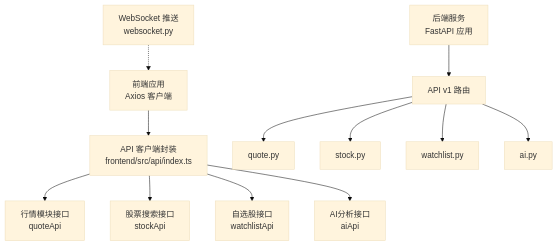
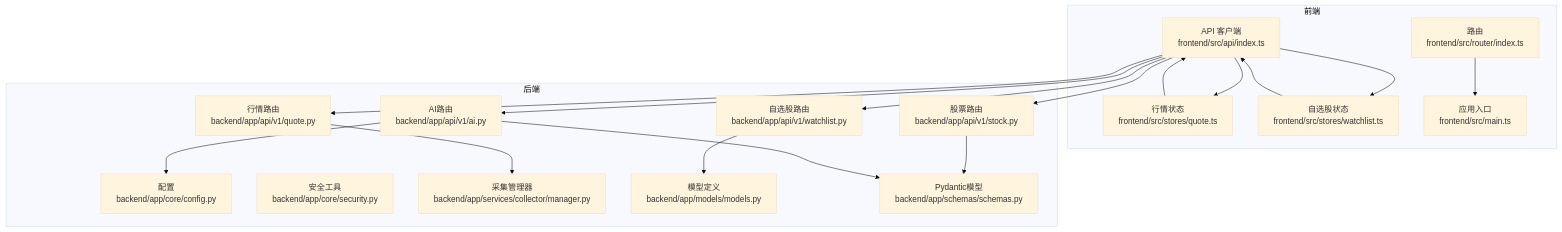
The first of 9 diagrams in .qoder/repowiki/zh/content/前端开发/API客户端.md (We3le7/stock-view), drawn with Mermaid (base theme) before and after one commit. The commit also changed other lines of this file and 142 other files, not shown here.

````diff
--- a/.qoder/repowiki/zh/content/前端开发/API客户端.md
+++ b/.qoder/repowiki/zh/content/前端开发/API客户端.md
@@ -39,14 +39,35 @@
 ```mermaid
 graph TB
-FE["前端应用<br/>Axios 客户端"] --> APIIDX["API 客户端封装<br/>frontend/src/api/index.ts"]
-APIIDX --> QUOTE["行情模块接口<br/>quoteApi"]
-APIIDX --> STOCK["股票搜索接口<br/>stockApi"]
-APIIDX --> WATCHLIST["自选股接口<br/>watchlistApi"]
-APIIDX --> AI["AI分析接口<br/>aiApi"]
-BE["后端服务<br/>FastAPI 应用"] --> V1["API v1 路由"]
-V1 --> QPY["quote.py"]
-V1 --> SPY["stock.py"]
-V1 --> WLPY["watchlist.py"]
-V1 --> AIPY["ai.py"]
-WS["WebSocket 推送<br/>websocket.py"] -.-> FE
+subgraph "前端"
+FE_API["API 客户端<br/>frontend/src/api/index.ts"]
+FE_STORE_Q["行情状态<br/>frontend/src/stores/quote.ts"]
+FE_STORE_W["自选股状态<br/>frontend/src/stores/watchlist.ts"]
+FE_ROUTER["路由<br/>frontend/src/router/index.ts"]
+FE_MAIN["应用入口<br/>frontend/src/main.ts"]
+end
+subgraph "后端"
+BE_QUOTE["行情路由<br/>backend/app/api/v1/quote.py"]
+BE_STOCK["股票路由<br/>backend/app/api/v1/stock.py"]
+BE_WATCHLIST["自选股路由<br/>backend/app/api/v1/watchlist.py"]
+BE_AI["AI路由<br/>backend/app/api/v1/ai.py"]
+BE_CFG["配置<br/>backend/app/core/config.py"]
+BE_SEC["安全工具<br/>backend/app/core/security.py"]
+BE_COL["采集管理器<br/>backend/app/services/collector/manager.py"]
+BE_DB["模型定义<br/>backend/app/models/models.py"]
+BE_SCHEMA["Pydantic模型<br/>backend/app/schemas/schemas.py"]
+end
+FE_API --> FE_STORE_Q
+FE_API --> FE_STORE_W
+FE_ROUTER --> FE_MAIN
+FE_STORE_Q --> FE_API
+FE_STORE_W --> FE_API
+FE_API --> BE_QUOTE
+FE_API --> BE_STOCK
+FE_API --> BE_WATCHLIST
+FE_API --> BE_AI
+BE_QUOTE --> BE_COL
+BE_STOCK --> BE_SCHEMA
+BE_WATCHLIST --> BE_DB
+BE_AI --> BE_CFG
+BE_AI --> BE_SCHEMA
 ```
````
